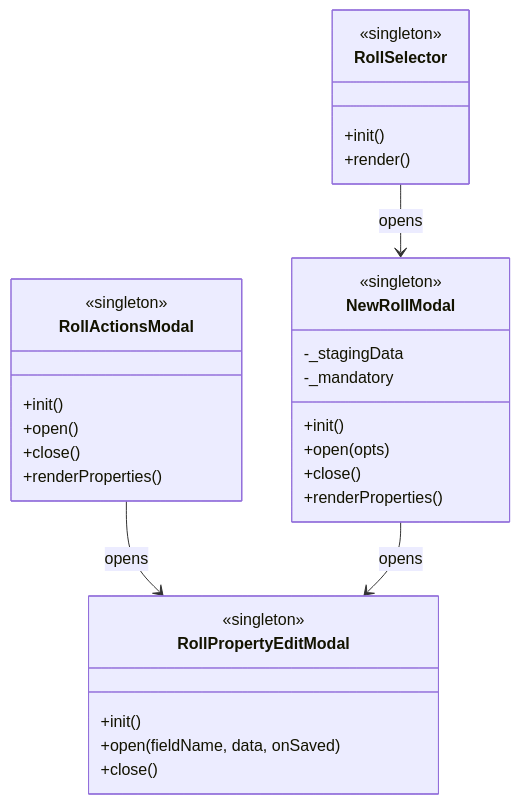
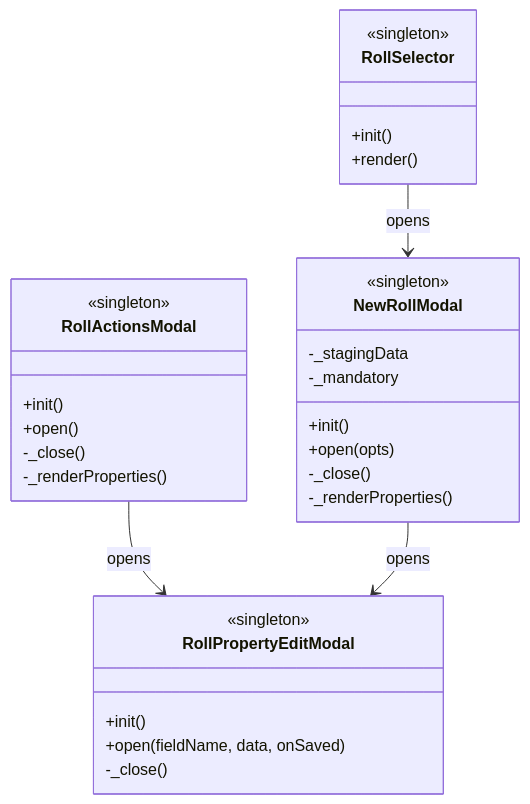
One commit to caksoylar/rolleirecord changed the fourth of 5 diagrams in architecture.md. Above: the diagram before and after it, drawn with Mermaid. The commit also changed other lines of this file and 7 other files, not shown here.

````diff
--- a/architecture.md
+++ b/architecture.md
@@ -296,34 +305,34 @@
 ```mermaid
 classDiagram
     class RollSelector {
         <<singleton>>
         +init()
         +render()
     }
     class NewRollModal {
         <<singleton>>
         -_stagingData
         -_mandatory
         +init()
         +open(opts)
-        +close()
-        +renderProperties()
+        -_close()
+        -_renderProperties()
     }
     class RollActionsModal {
         <<singleton>>
         +init()
         +open()
-        +close()
-        +renderProperties()
+        -_close()
+        -_renderProperties()
     }
     class RollPropertyEditModal {
         <<singleton>>
         +init()
         +open(fieldName, data, onSaved)
-        +close()
+        -_close()
     }
 
     RollSelector --> NewRollModal : opens
     RollActionsModal --> RollPropertyEditModal : opens
     NewRollModal --> RollPropertyEditModal : opens
 ```
````
